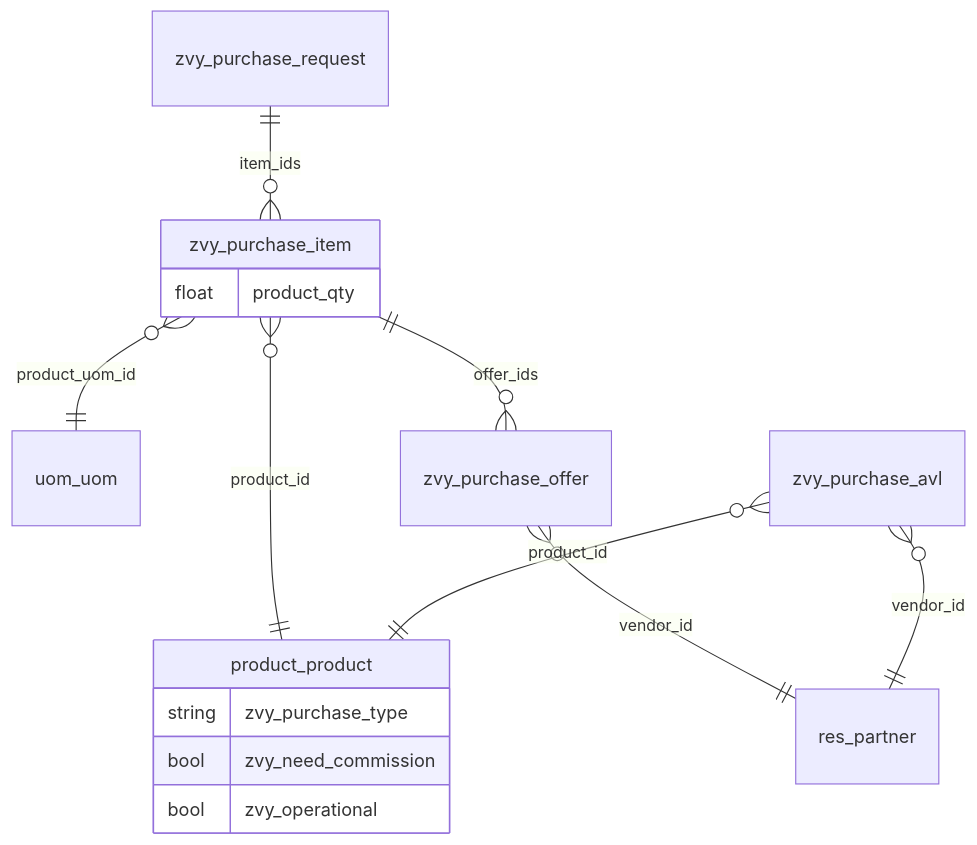
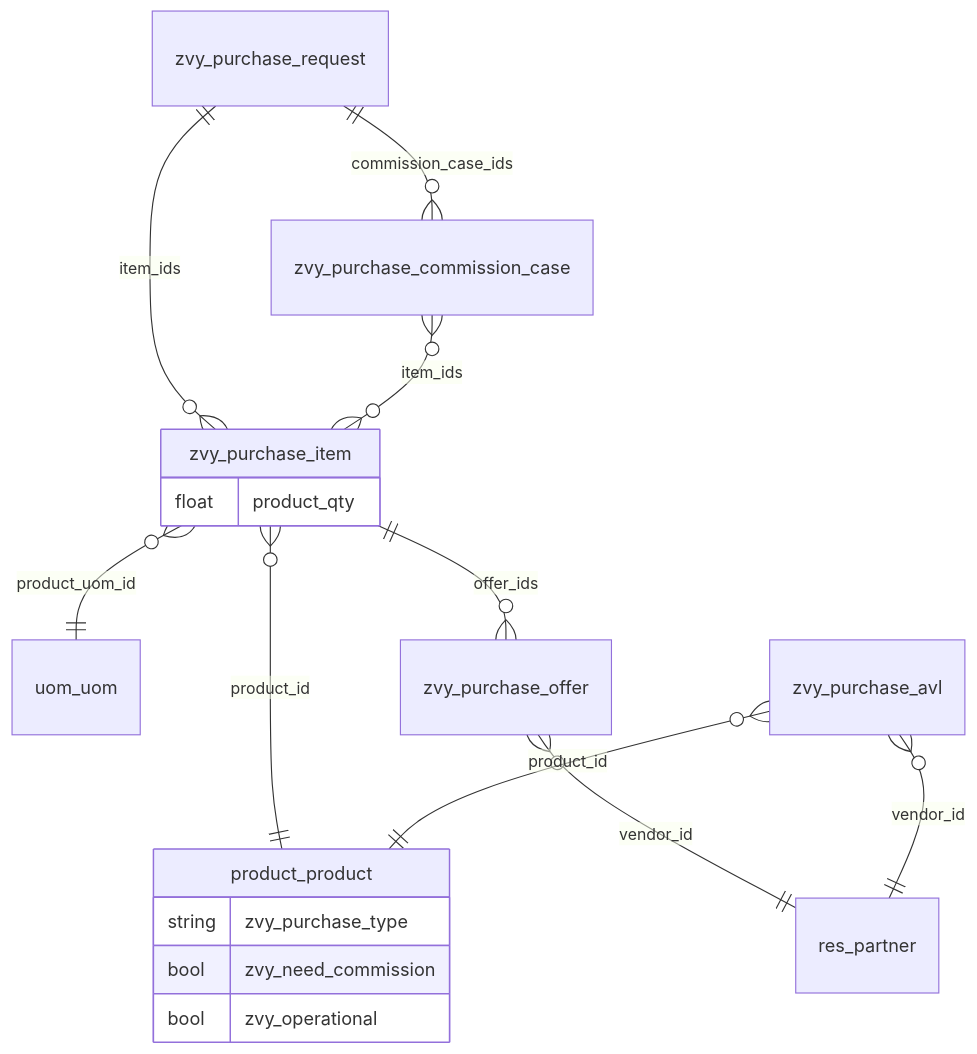
The diagram in odoo/addons/zvy_purchase/Architecture.md (MohamadAzarifar/odoo-18-mammut), drawn with Mermaid before and after one commit. The commit also changed other lines of this file and 15 other files, not shown here.

````diff
--- a/odoo/addons/zvy_purchase/Architecture.md
+++ b/odoo/addons/zvy_purchase/Architecture.md
@@ -50,18 +51,20 @@
 ```mermaid
 erDiagram
     zvy_purchase_request ||--o{ zvy_purchase_item : item_ids
+    zvy_purchase_request ||--o{ zvy_purchase_commission_case : commission_case_ids
+    zvy_purchase_commission_case }o--o{ zvy_purchase_item : item_ids
     zvy_purchase_item }o--|| product_product : product_id
     zvy_purchase_item }o--|| uom_uom : product_uom_id
     zvy_purchase_item ||--o{ zvy_purchase_offer : offer_ids
     zvy_purchase_offer }o--|| res_partner : vendor_id
     zvy_purchase_avl }o--|| res_partner : vendor_id
     zvy_purchase_avl }o--|| product_product : product_id
     product_product {
         string zvy_purchase_type
         bool zvy_need_commission
         bool zvy_operational
     }
     zvy_purchase_item {
         float product_qty
     }
 ```
````
